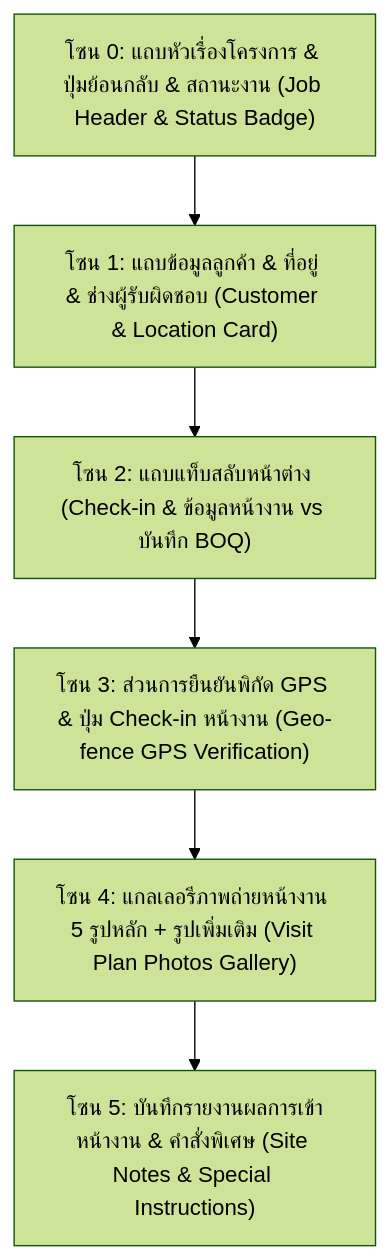
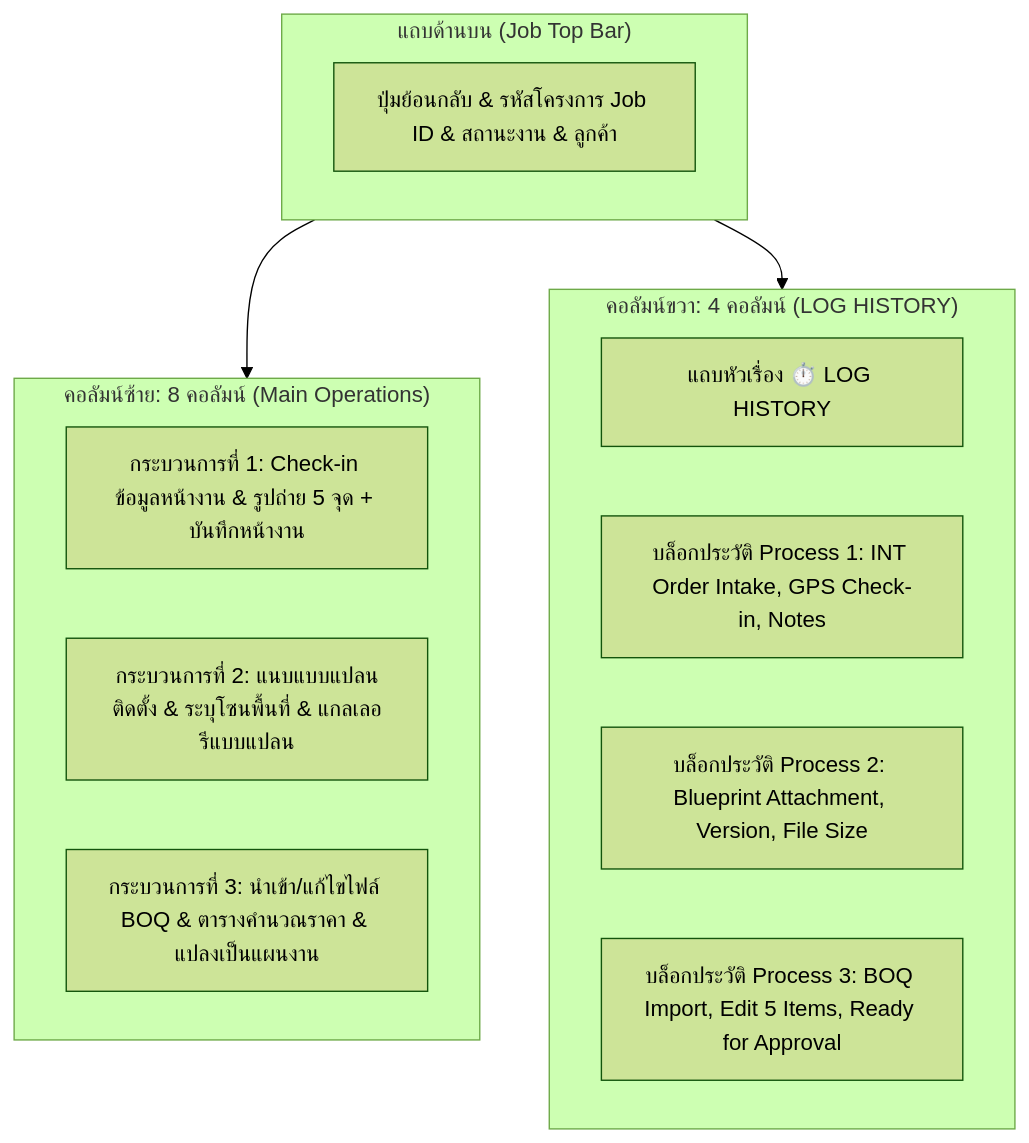
One commit to isarachootip/pmt_flow changed the diagram in doc/คู่มือการใช้งาน_การเข้าหน้างานและCheckIn.md. Above: the diagram before and after it, drawn with Mermaid (forest theme). The commit also changed other lines of this file and 3 other files, not shown here.

Commit message:
feat: unified 3-step operational workflow and process-segregated LOG HISTORY in job detail

````diff
--- a/doc/คู่มือการใช้งาน_การเข้าหน้างานและCheckIn.md
+++ b/doc/คู่มือการใช้งาน_การเข้าหน้างานและCheckIn.md
@@ -26,15 +25,22 @@
 ```mermaid
 graph TD
-    J0["โซน 0: แถบหัวเรื่องโครงการ & ปุ่มย้อนกลับ & สถานะงาน (Job Header & Status Badge)"]
-    J1["โซน 1: แถบข้อมูลลูกค้า & ที่อยู่ & ช่างผู้รับผิดชอบ (Customer & Location Card)"]
-    J2["โซน 2: แถบแท็บสลับหน้าต่าง (Check-in & ข้อมูลหน้างาน vs บันทึก BOQ)"]
-    J3["โซน 3: ส่วนการยืนยันพิกัด GPS & ปุ่ม Check-in หน้างาน (Geo-fence GPS Verification)"]
-    J4["โซน 4: แกลเลอรีภาพถ่ายหน้างาน 5 รูปหลัก + รูปเพิ่มเติม (Visit Plan Photos Gallery)"]
-    J5["โซน 5: บันทึกรายงานผลการเข้าหน้างาน & คำสั่งพิเศษ (Site Notes & Special Instructions)"]
+    subgraph Header ["แถบด้านบน (Job Top Bar)"]
+        H1["ปุ่มย้อนกลับ & รหัสโครงการ Job ID & สถานะงาน & ลูกค้า"]
+    end
 
-    J0 --> J1
-    J1 --> J2
-    J2 --> J3
-    J3 --> J4
-    J4 --> J5
+    subgraph ColLeft ["คอลัมน์ซ้าย: 8 คอลัมน์ (Main Operations)"]
+        P1["กระบวนการที่ 1: Check-in ข้อมูลหน้างาน & รูปถ่าย 5 จุด + บันทึกหน้างาน"]
+        P2["กระบวนการที่ 2: แนบแบบแปลนติดตั้ง & ระบุโซนพื้นที่ & แกลเลอรีแบบแปลน"]
+        P3["กระบวนการที่ 3: นำเข้า/แก้ไขไฟล์ BOQ & ตารางคำนวณราคา & แปลงเป็นแผนงาน"]
+    end
+
+    subgraph ColRight ["คอลัมน์ขวา: 4 คอลัมน์ (LOG HISTORY)"]
+        LH_Header["แถบหัวเรื่อง ⏱️ LOG HISTORY"]
+        LH_P1["บล็อกประวัติ Process 1: INT Order Intake, GPS Check-in, Notes"]
+        LH_P2["บล็อกประวัติ Process 2: Blueprint Attachment, Version, File Size"]
+        LH_P3["บล็อกประวัติ Process 3: BOQ Import, Edit 5 Items, Ready for Approval"]
+    end
+
+    Header --> ColLeft
+    Header --> ColRight
 ```
````
